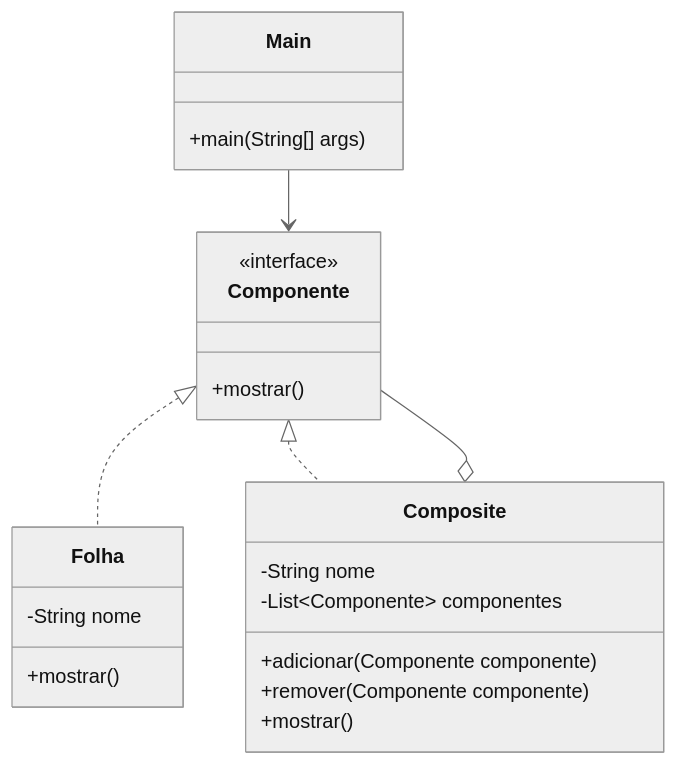
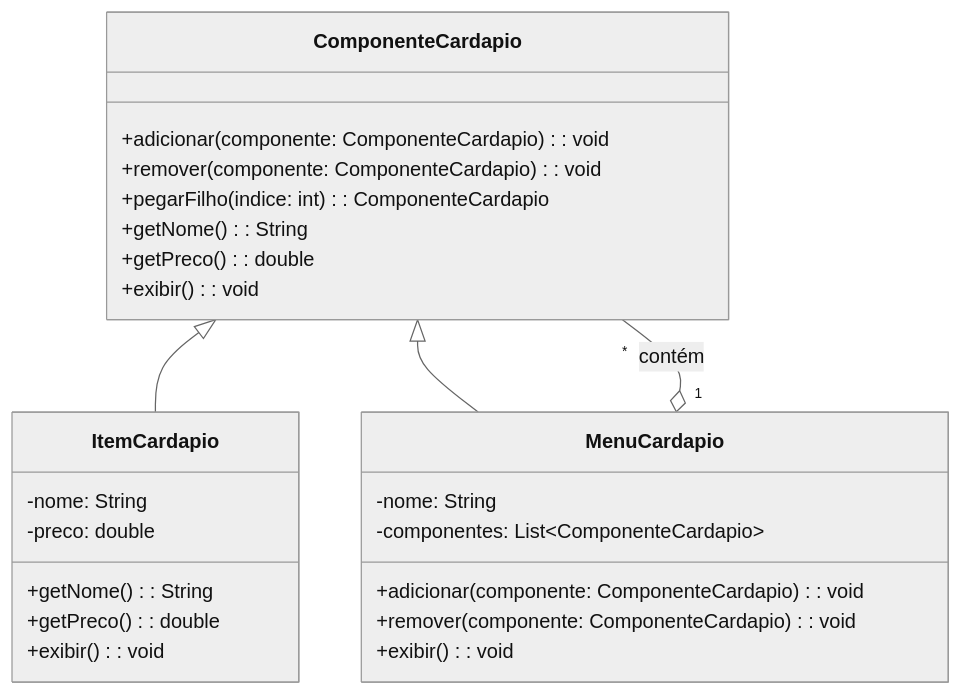
One commit to 20242-ifba-saj-ads-ppr/seminario-ppr-estrutural-composite-prototype changed the second of 2 diagrams in README.md. Above: the diagram before and after it, drawn with Mermaid (neutral theme). The commit also changed other lines of this file and 17 other files, not shown here.

````diff
--- a/README.md
+++ b/README.md
@@ -10,29 +76,31 @@
 ```mermaid
 classDiagram
-    class Componente {
-        <<interface>>
-        +mostrar()
+    class ComponenteCardapio {
+        +adicionar(componente: ComponenteCardapio): void
+        +remover(componente: ComponenteCardapio): void
+        +pegarFilho(indice: int): ComponenteCardapio
+        +getNome(): String
+        +getPreco(): double
+        +exibir(): void
     }
 
-    class Folha {
-        -String nome
-        +mostrar()
+    class ItemCardapio {
+        -nome: String
+        -preco: double
+        +getNome(): String
+        +getPreco(): double
+        +exibir(): void
     }
 
-    class Composite {
-        -String nome
-        -List~Componente~ componentes
-        +adicionar(Componente componente)
-        +remover(Componente componente)
-        +mostrar()
+    class MenuCardapio {
+        -nome: String
+        -componentes: List~ComponenteCardapio~
+        +adicionar(componente: ComponenteCardapio): void
+        +remover(componente: ComponenteCardapio): void
+        +exibir(): void
     }
 
-    class Main {
-        +main(String[] args)
-    }
-
-    Componente <|.. Folha
-    Componente <|.. Composite
-    Composite o-- Componente
-    Main --> Componente
+    ComponenteCardapio <|-- ItemCardapio
+    ComponenteCardapio <|-- MenuCardapio
+    MenuCardapio "1" o-- "*" ComponenteCardapio : contém
 ```
````
